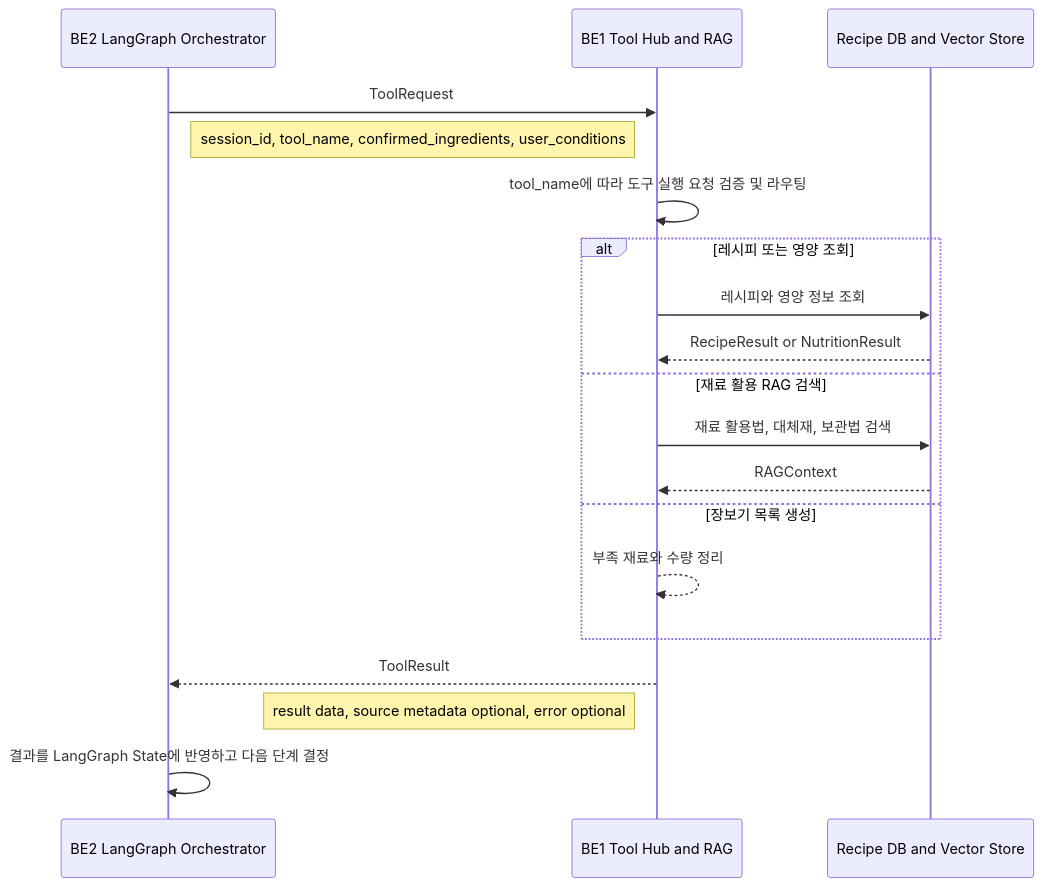
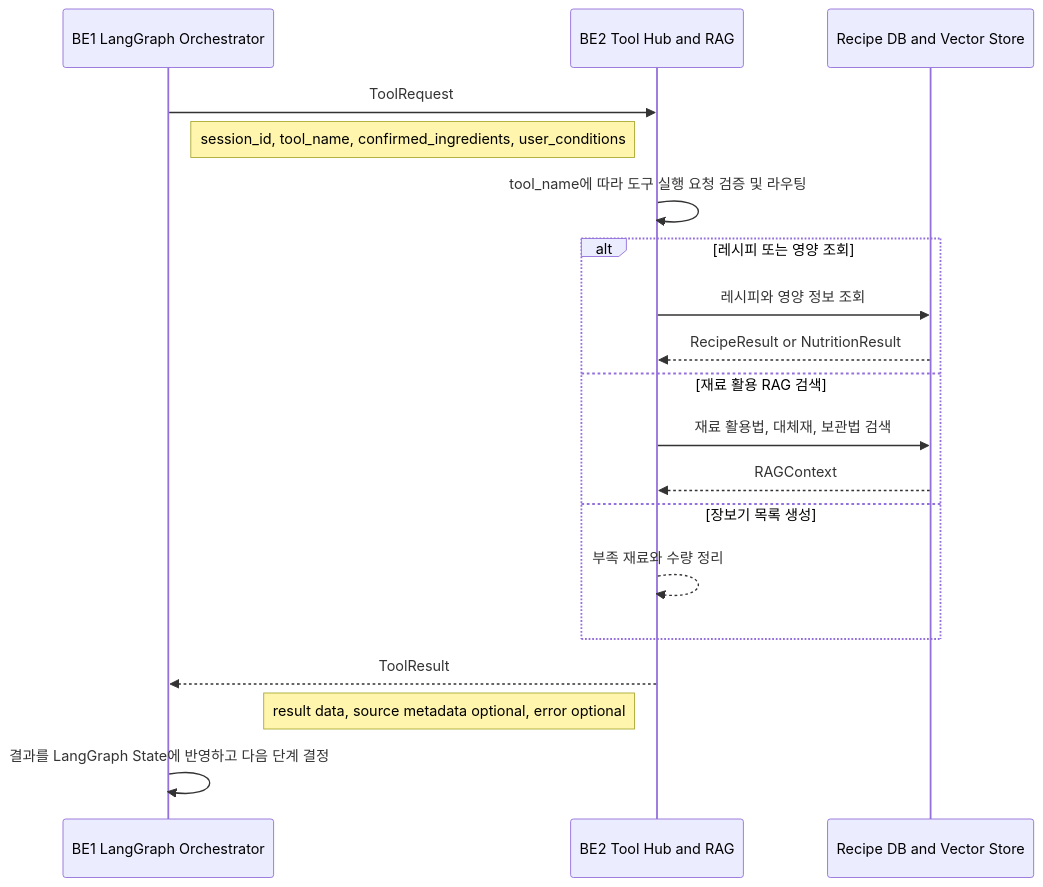
One commit to DongJunee/2026_aio2_p2_PlanEat_Backend changed the second of 3 diagrams in docs/data-flow.md. Above: the diagram before and after it, drawn with Mermaid. The commit also changed other lines of this file and 6 other files, not shown here.

````diff
--- a/docs/data-flow.md
+++ b/docs/data-flow.md
@@ -46,24 +50,24 @@
 ```mermaid
 sequenceDiagram
-    participant BE2 as BE2 LangGraph Orchestrator
-    participant BE1 as BE1 Tool Hub and RAG
+    participant BE1 as BE1 LangGraph Orchestrator
+    participant BE2 as BE2 Tool Hub and RAG
     participant Store as Recipe DB and Vector Store
 
-    BE2->>BE1: ToolRequest
-    Note right of BE2: session_id, tool_name, confirmed_ingredients, user_conditions
-    BE1->>BE1: tool_name에 따라 도구 실행 요청 검증 및 라우팅
+    BE1->>BE2: ToolRequest
+    Note right of BE1: session_id, tool_name, confirmed_ingredients, user_conditions
+    BE2->>BE2: tool_name에 따라 도구 실행 요청 검증 및 라우팅
 
     alt 레시피 또는 영양 조회
-        BE1->>Store: 레시피와 영양 정보 조회
-        Store-->>BE1: RecipeResult or NutritionResult
+        BE2->>Store: 레시피와 영양 정보 조회
+        Store-->>BE2: RecipeResult or NutritionResult
     else 재료 활용 RAG 검색
-        BE1->>Store: 재료 활용법, 대체재, 보관법 검색
-        Store-->>BE1: RAGContext
+        BE2->>Store: 재료 활용법, 대체재, 보관법 검색
+        Store-->>BE2: RAGContext
     else 장보기 목록 생성
-        BE1-->>BE1: 부족 재료와 수량 정리
+        BE2-->>BE2: 부족 재료와 수량 정리
     end
 
-    BE1-->>BE2: ToolResult
-    Note left of BE1: result data, source metadata optional, error optional
-    BE2->>BE2: 결과를 LangGraph State에 반영하고 다음 단계 결정
+    BE2-->>BE1: ToolResult
+    Note left of BE2: result data, source metadata optional, error optional
+    BE1->>BE1: 결과를 LangGraph State에 반영하고 다음 단계 결정
 ```
````
